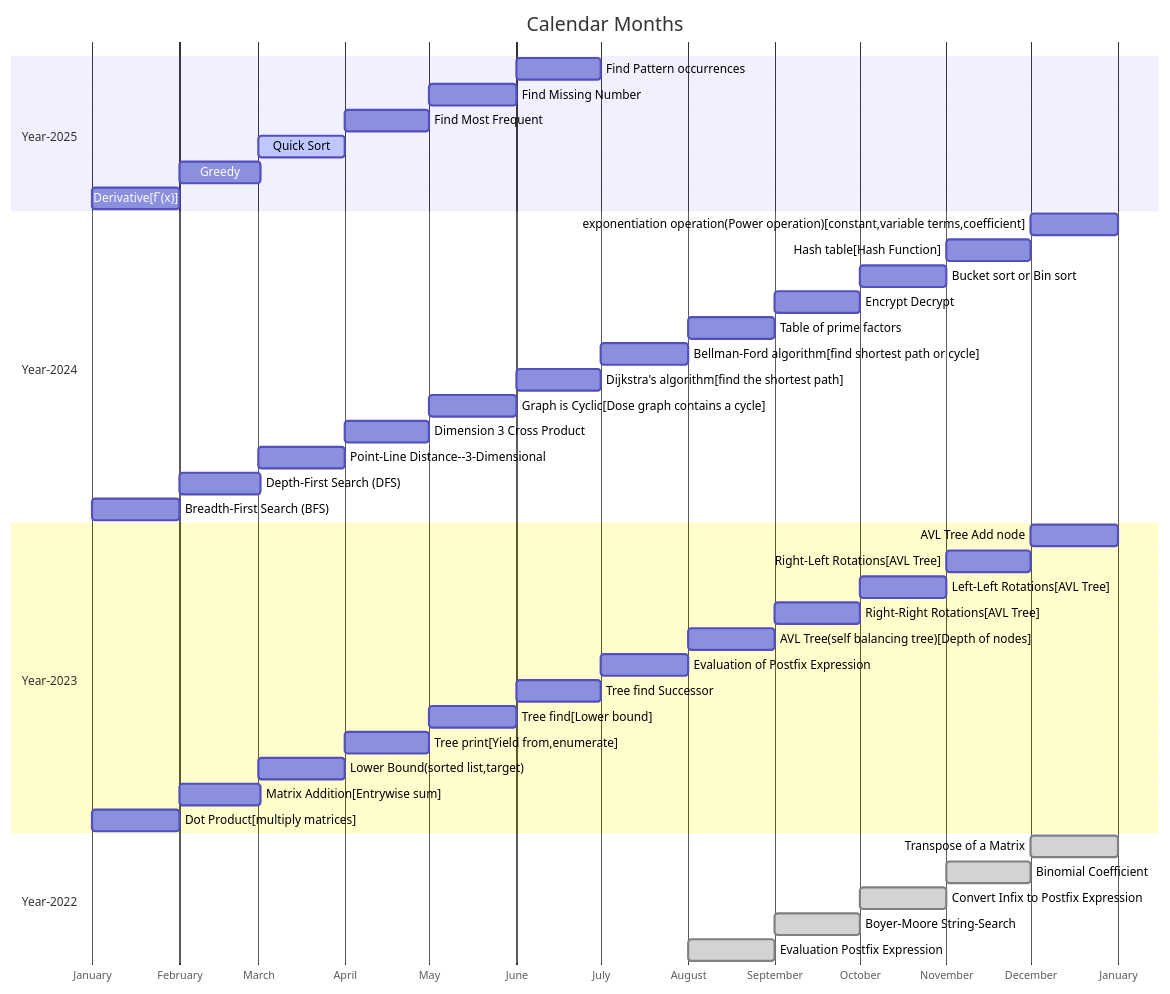
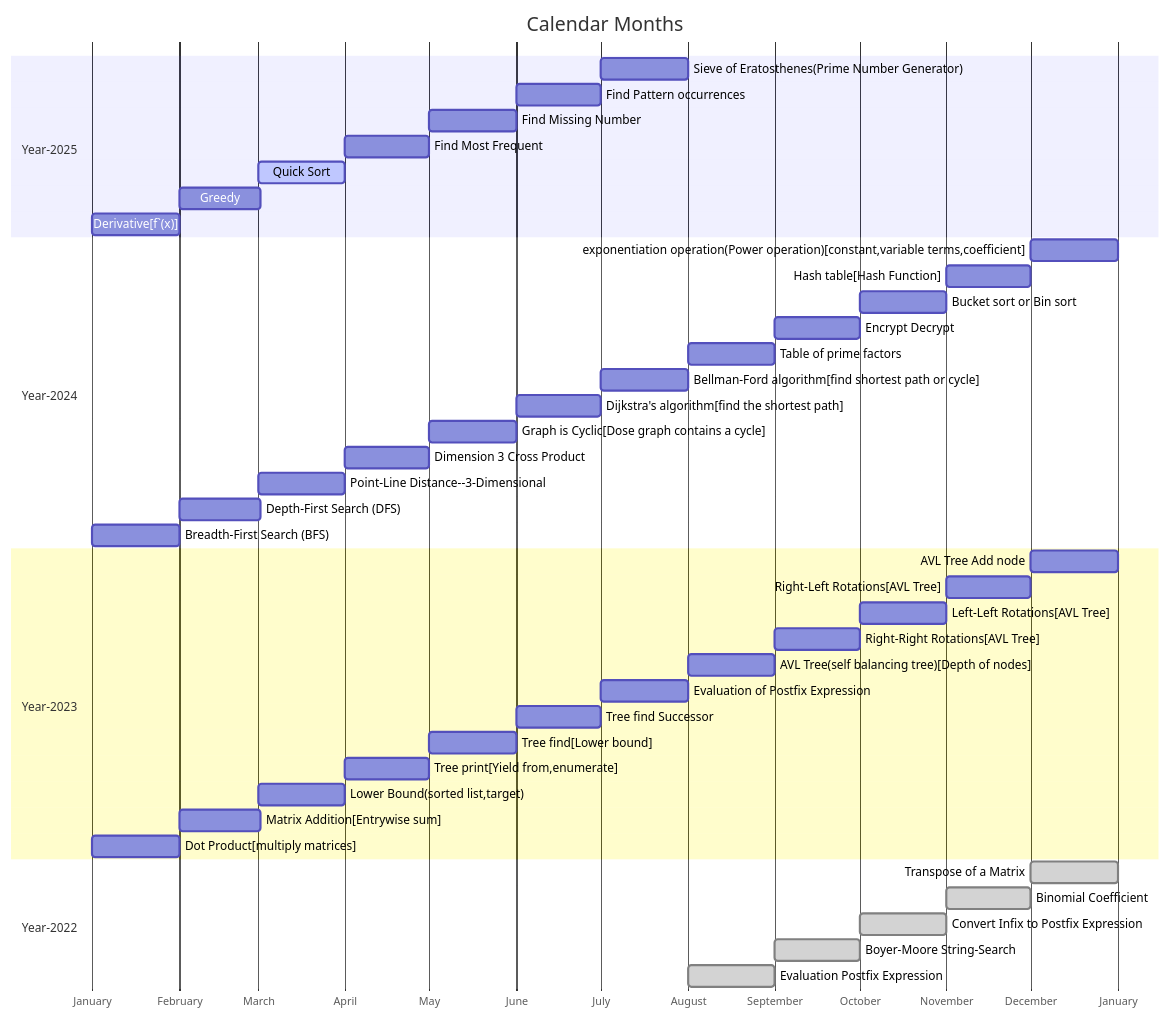
Before and after one commit to softtiny/docs.calendar: the diagram in src/calendar.md, drawn with Mermaid. The commit also changed 2 other files, not shown here.

````diff
--- a/src/calendar.md
+++ b/src/calendar.md
@@ -2,46 +2,47 @@
 ```mermaid
 
 gantt
     title Calendar Months
     dateFormat MM-DD
     axisFormat %B
     section Year-2025
+        Sieve of Eratosthenes(Prime Number Generator)    :07-01, 31d
         Find Pattern occurrences :06-01, 30d
         Find Missing Number :05-01, 31d
         Find Most Frequent :04-01, 30d
         Quick Sort      :active, 03-01, 31d
         Greedy          :02-01, 29d
         Derivative[f`(x)]          :01-01, 31d
     section Year-2024
         exponentiation operation(Power operation)[constant,variable terms,coefficient]  :12-01, 31d
         Hash table[Hash Function]  :11-01, 30d
         Bucket sort or Bin sort  :10-01, 31d
         Encrypt Decrypt  :09-01, 30d
         Table of prime factors  :08-01, 31d
         Bellman-Ford algorithm[find shortest path or cycle] :07-01, 31d
         Dijkstra's algorithm[find the shortest path] :06-01, 30d
         Graph is Cyclic[Dose graph contains a cycle]  :05-01, 31d
         Dimension 3 Cross Product  :04-01, 30d
         Point-Line Distance--3-Dimensional  :03-01, 31d
         Depth-First Search (DFS)          :02-01, 29d
         Breadth-First Search (BFS)          :01-01, 31d
     section Year-2023
         AVL Tree Add node :12-01, 31d
         Right-Left Rotations[AVL Tree] :11-01, 30d
         Left-Left Rotations[AVL Tree] :10-01, 31d
         Right-Right Rotations[AVL Tree] :09-01, 30d
         AVL Tree(self balancing tree)[Depth of nodes] :08-01, 31d
         Evaluation of Postfix Expression :07-01, 31d
         Tree find Successor :06-01, 30d
         Tree find[Lower bound] :05-01, 31d
         Tree print[Yield from,enumerate] :04-01, 30d
         Lower Bound(sorted list,target) :03-01, 31d
         Matrix Addition[Entrywise sum] :02-01, 29d
         Dot Product[multiply matrices] :01-01, 31d
     section Year-2022
         Transpose of a Matrix :done, 12-01, 31d
         Binomial Coefficient :done, 11-01, 30d
         Convert Infix to Postfix Expression :done, 10-01, 31d
         Boyer-Moore String-Search :done, 09-01, 30d
         Evaluation Postfix Expression :done, 08-01, 31d
 ```
````
